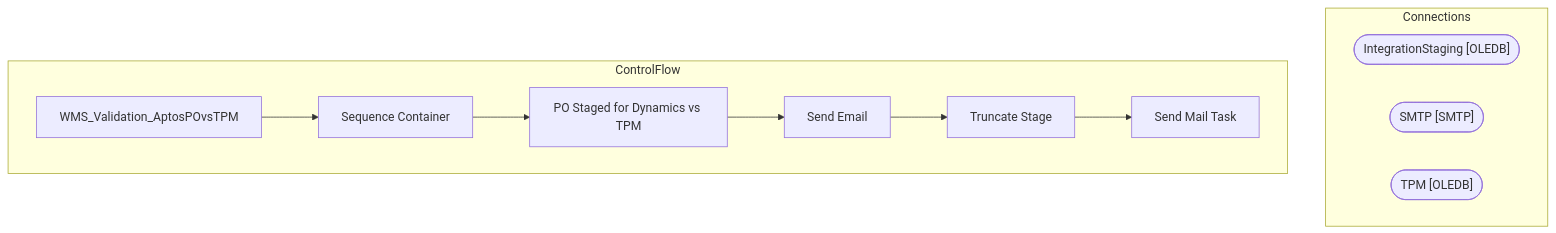
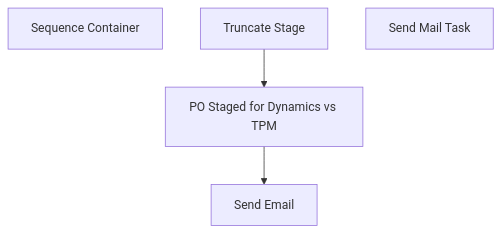
Before and after one commit to juanandresbrain/BABSkills: the diagram in bab-docs-explorer/Documentation/STL-SSIS-P-01/SSIS/WMS/WMS_Validation_AptosPOvsTPM.WMS_Validation_AptosPOvsTPM.md, drawn with Mermaid. The commit also changed other lines of this file and 273 other files, not shown here.

````diff
--- a/bab-docs-explorer/Documentation/STL-SSIS-P-01/SSIS/WMS/WMS_Validation_AptosPOvsTPM.WMS_Validation_AptosPOvsTPM.md
+++ b/bab-docs-explorer/Documentation/STL-SSIS-P-01/SSIS/WMS/WMS_Validation_AptosPOvsTPM.WMS_Validation_AptosPOvsTPM.md
@@ -9,21 +38,10 @@
 ```mermaid
 flowchart TD
-    subgraph Connections
-        IntegrationStaging_conn(["IntegrationStaging [OLEDB]"])
-        SMTP_conn(["SMTP [SMTP]"])
-        TPM_conn(["TPM [OLEDB]"])
-    end
-    subgraph ControlFlow
-        WMS_Validation_AptosPOvsTPM_task["WMS_Validation_AptosPOvsTPM"]
-        Sequence_Container_task["Sequence Container"]
-        WMS_Validation_AptosPOvsTPM_task --> Sequence_Container_task
-        PO_Staged_for_Dynamics_vs_TPM_task["PO Staged for Dynamics vs TPM"]
-        Sequence_Container_task --> PO_Staged_for_Dynamics_vs_TPM_task
-        Send_Email_task["Send Email"]
-        PO_Staged_for_Dynamics_vs_TPM_task --> Send_Email_task
-        Truncate_Stage_task["Truncate Stage"]
-        Send_Email_task --> Truncate_Stage_task
-        Send_Mail_Task_task["Send Mail Task"]
-        Truncate_Stage_task --> Send_Mail_Task_task
-    end
+    n_Package_Sequence_Container["Sequence Container"]
+    n_Package_Sequence_Container_PO_Staged_for_Dynamics_vs_TPM["PO Staged for Dynamics vs TPM"]
+    n_Package_Sequence_Container_Send_Email["Send Email"]
+    n_Package_Sequence_Container_Truncate_Stage["Truncate Stage"]
+    n_Package_EventHandlers_OnError__Send_Mail_Task["Send Mail Task"]
+    n_Package_Sequence_Container_Truncate_Stage --> n_Package_Sequence_Container_PO_Staged_for_Dynamics_vs_TPM
+    n_Package_Sequence_Container_PO_Staged_for_Dynamics_vs_TPM --> n_Package_Sequence_Container_Send_Email
 ```
````
